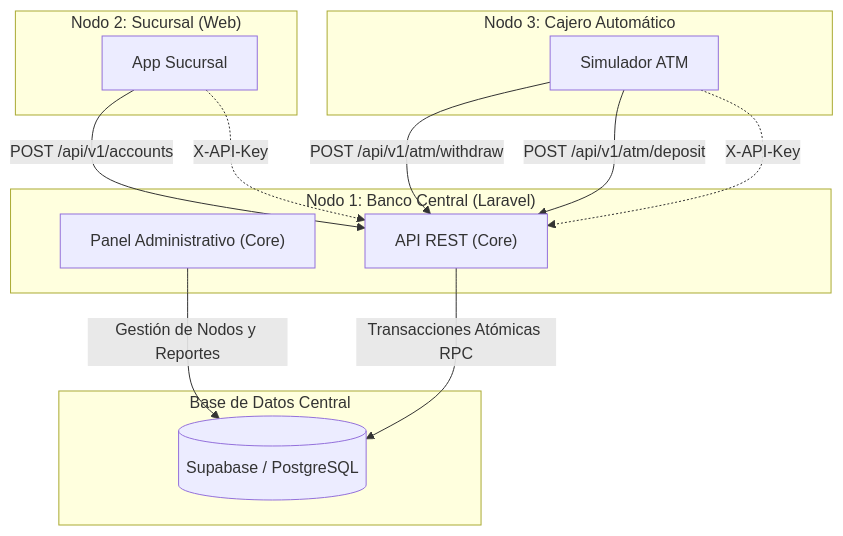
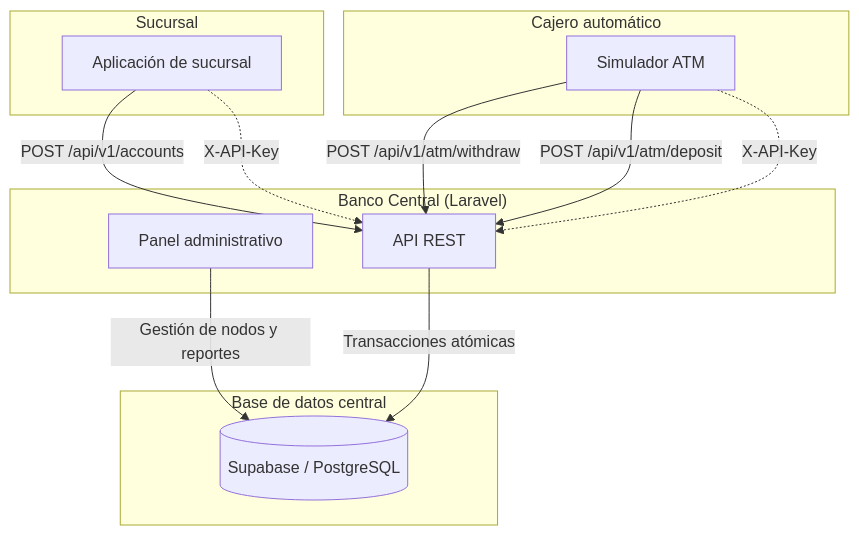
One commit to TopWebTec/banco-central changed the diagram in README.md. Above: the diagram before and after it, drawn with Mermaid. The commit also changed other lines of this file, not shown here.

````diff
--- a/README.md
+++ b/README.md
@@ -11,29 +19,29 @@
 ```mermaid
 graph TD
-    subgraph CentralDB ["Base de Datos Central"]
+    subgraph CentralDB["Base de datos central"]
         DB[("Supabase / PostgreSQL")]
     end
 
-    subgraph Nodo1 ["Nodo 1: Banco Central (Laravel)"]
-        Admin["Panel Administrativo (Core)"]
-        API_Core["API REST (Core)"]
+    subgraph Core["Banco Central (Laravel)"]
+        Admin["Panel administrativo"]
+        API["API REST"]
     end
 
-    subgraph Nodo2 ["Nodo 2: Sucursal (Web)"]
-        Sucursal["App Sucursal"]
+    subgraph Sucursal["Sucursal"]
+        AppSucursal["Aplicación de sucursal"]
     end
 
-    subgraph Nodo3 ["Nodo 3: Cajero Automático"]
-        ATM["Simulador ATM"]
+    subgraph ATM["Cajero automático"]
+        AppATM["Simulador ATM"]
     end
 
-    Admin -->|"Gestión de Nodos y Reportes"| DB
-    API_Core -->|"Transacciones Atómicas RPC"| DB
+    Admin -->|"Gestión de nodos y reportes"| DB
+    API -->|"Transacciones atómicas"| DB
 
-    Sucursal -->|"POST /api/v1/accounts"| API_Core
-    ATM -->|"POST /api/v1/atm/withdraw"| API_Core
-    ATM -->|"POST /api/v1/atm/deposit"| API_Core
+    AppSucursal -->|"POST /api/v1/accounts"| API
+    AppATM -->|"POST /api/v1/atm/withdraw"| API
+    AppATM -->|"POST /api/v1/atm/deposit"| API
 
-    Sucursal -.->|"X-API-Key"| API_Core
-    ATM -.->|"X-API-Key"| API_Core
+    AppSucursal -.->|"X-API-Key"| API
+    AppATM -.->|"X-API-Key"| API
 ```
````
